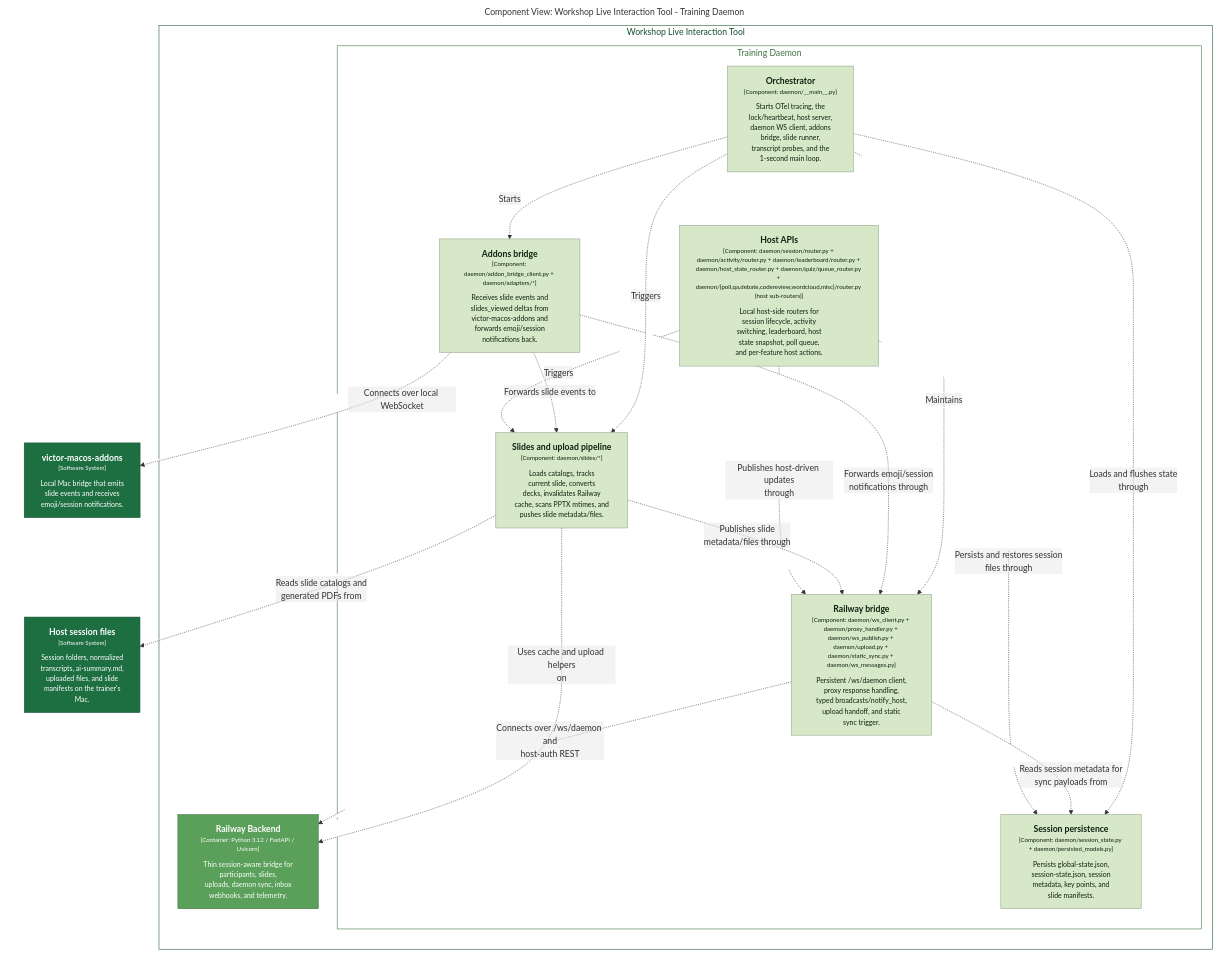
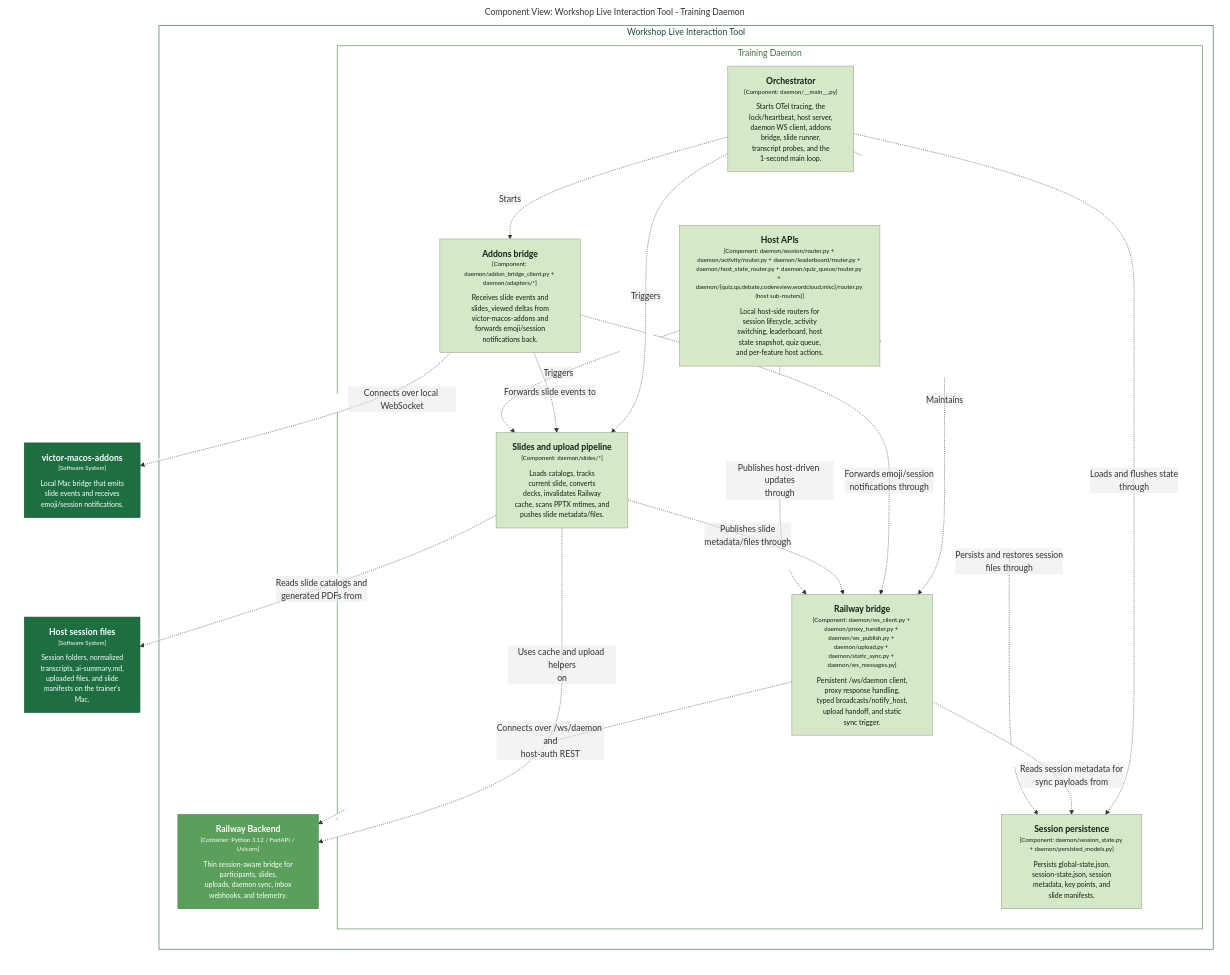
The diagram in docs/c4views/C3-Daemon-Slides.mmd (victorrentea/training-assistant), drawn with Mermaid before and after one commit. The commit also changed 192 other files, not shown here.

First line of the commit message:
refactor: rename Poll feature → Quiz (codebase, wire protocol, docs)

```diff
--- a/docs/c4views/C3-Daemon-Slides.mmd
+++ b/docs/c4views/C3-Daemon-Slides.mmd
@@ -1,52 +1,52 @@
 graph LR
   linkStyle default fill:#ffffff
 
   subgraph diagram ["Component View: Workshop Live Interaction Tool - Training Daemon"]
     style diagram fill:#ffffff,stroke:#ffffff
 
     4["<div style='font-weight: bold'>victor-macos-addons</div><div style='font-size: 70%; margin-top: 0px'>[Software System]</div><div style='font-size: 80%; margin-top:10px'>Local Mac bridge that emits<br />slide events and receives<br />emoji/session notifications.</div>"]
     style 4 fill:#1d6f42,stroke:#144d2e,color:#ffffff
     8["<div style='font-weight: bold'>Host session files</div><div style='font-size: 70%; margin-top: 0px'>[Software System]</div><div style='font-size: 80%; margin-top:10px'>Session folders, normalized<br />transcripts, ai-summary.md,<br />uploaded files, and slide<br />manifests on the trainer's<br />Mac.</div>"]
     style 8 fill:#1d6f42,stroke:#144d2e,color:#ffffff
 
     subgraph 10 ["Workshop Live Interaction Tool"]
       style 10 fill:#ffffff,stroke:#144d2e,color:#144d2e
 
       subgraph 23 ["Training Daemon"]
         style 23 fill:#ffffff,stroke:#3e703e,color:#3e703e
 
         24["<div style='font-weight: bold'>Orchestrator</div><div style='font-size: 70%; margin-top: 0px'>[Component: daemon/__main__.py]</div><div style='font-size: 80%; margin-top:10px'>Starts OTel tracing, the<br />lock/heartbeat, host server,<br />daemon WS client, addons<br />bridge, slide runner,<br />transcript probes, and the<br />1-second main loop.</div>"]
         style 24 fill:#d6e8c8,stroke:#95a28c,color:#10210f
-        27["<div style='font-weight: bold'>Host APIs</div><div style='font-size: 70%; margin-top: 0px'>[Component: daemon/session/router.py + daemon/activity/router.py + daemon/leaderboard/router.py + daemon/host_state_router.py + daemon/quiz/queue_router.py + daemon/{poll,qa,debate,codereview,wordcloud,misc}/router.py (host sub-routers)]</div><div style='font-size: 80%; margin-top:10px'>Local host-side routers for<br />session lifecycle, activity<br />switching, leaderboard, host<br />state snapshot, poll queue,<br />and per-feature host actions.</div>"]
+        27["<div style='font-weight: bold'>Host APIs</div><div style='font-size: 70%; margin-top: 0px'>[Component: daemon/session/router.py + daemon/activity/router.py + daemon/leaderboard/router.py + daemon/host_state_router.py + daemon/quiz_queue/router.py + daemon/{quiz,qa,debate,codereview,wordcloud,misc}/router.py (host sub-routers)]</div><div style='font-size: 80%; margin-top:10px'>Local host-side routers for<br />session lifecycle, activity<br />switching, leaderboard, host<br />state snapshot, quiz queue,<br />and per-feature host actions.</div>"]
         style 27 fill:#d6e8c8,stroke:#95a28c,color:#10210f
         30["<div style='font-weight: bold'>Railway bridge</div><div style='font-size: 70%; margin-top: 0px'>[Component: daemon/ws_client.py + daemon/proxy_handler.py + daemon/ws_publish.py + daemon/upload.py + daemon/static_sync.py + daemon/ws_messages.py]</div><div style='font-size: 80%; margin-top:10px'>Persistent /ws/daemon client,<br />proxy response handling,<br />typed broadcasts/notify_host,<br />upload handoff, and static<br />sync trigger.</div>"]
         style 30 fill:#d6e8c8,stroke:#95a28c,color:#10210f
         31["<div style='font-weight: bold'>Session persistence</div><div style='font-size: 70%; margin-top: 0px'>[Component: daemon/session_state.py + daemon/persisted_models.py]</div><div style='font-size: 80%; margin-top:10px'>Persists global-state.json,<br />session-state.json, session<br />metadata, key points, and<br />slide manifests.</div>"]
         style 31 fill:#d6e8c8,stroke:#95a28c,color:#10210f
         35["<div style='font-weight: bold'>Slides and upload pipeline</div><div style='font-size: 70%; margin-top: 0px'>[Component: daemon/slides/*]</div><div style='font-size: 80%; margin-top:10px'>Loads catalogs, tracks<br />current slide, converts<br />decks, invalidates Railway<br />cache, scans PPTX mtimes, and<br />pushes slide metadata/files.</div>"]
         style 35 fill:#d6e8c8,stroke:#95a28c,color:#10210f
         36["<div style='font-weight: bold'>Addons bridge</div><div style='font-size: 70%; margin-top: 0px'>[Component: daemon/addon_bridge_client.py + daemon/adapters/*]</div><div style='font-size: 80%; margin-top:10px'>Receives slide events and<br />slides_viewed deltas from<br />victor-macos-addons and<br />forwards emoji/session<br />notifications back.</div>"]
         style 36 fill:#d6e8c8,stroke:#95a28c,color:#10210f
       end
 
       13["<div style='font-weight: bold'>Railway Backend</div><div style='font-size: 70%; margin-top: 0px'>[Container: Python 3.12 / FastAPI / Uvicorn]</div><div style='font-size: 80%; margin-top:10px'>Thin session-aware bridge for<br />participants, slides,<br />uploads, daemon sync, inbox<br />webhooks, and telemetry.</div>"]
       style 13 fill:#5aa05a,stroke:#3e703e,color:#ffffff
     end
 
     27-. "<div>Publishes host-driven updates<br />through</div><div style='font-size: 70%'></div>" .->30
     27-. "<div>Persists and restores session<br />files through</div><div style='font-size: 70%'></div>" .->31
     27-. "<div>Triggers</div><div style='font-size: 70%'></div>" .->35
     30-. "<div>Connects over /ws/daemon and<br />host-auth REST</div><div style='font-size: 70%'></div>" .->13
     30-. "<div>Reads session metadata for<br />sync payloads from</div><div style='font-size: 70%'></div>" .->31
     35-. "<div>Reads slide catalogs and<br />generated PDFs from</div><div style='font-size: 70%'></div>" .->8
     35-. "<div>Publishes slide<br />metadata/files through</div><div style='font-size: 70%'></div>" .->30
     35-. "<div>Uses cache and upload helpers<br />on</div><div style='font-size: 70%'></div>" .->13
     36-. "<div>Connects over local WebSocket</div><div style='font-size: 70%'></div>" .->4
     36-. "<div>Forwards slide events to</div><div style='font-size: 70%'></div>" .->35
     36-. "<div>Forwards emoji/session<br />notifications through</div><div style='font-size: 70%'></div>" .->30
     24-. "<div>Maintains</div><div style='font-size: 70%'></div>" .->30
     24-. "<div>Loads and flushes state<br />through</div><div style='font-size: 70%'></div>" .->31
     24-. "<div>Triggers</div><div style='font-size: 70%'></div>" .->35
     24-. "<div>Starts</div><div style='font-size: 70%'></div>" .->36
 
   end
```
